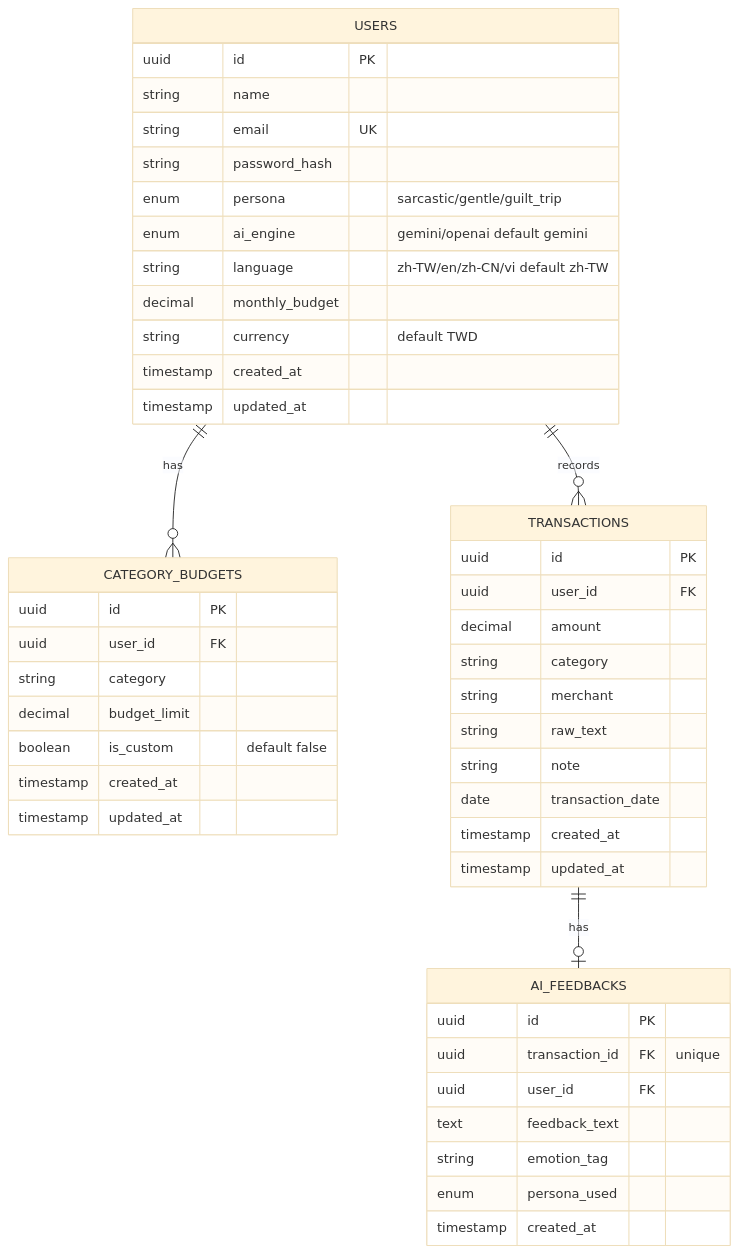
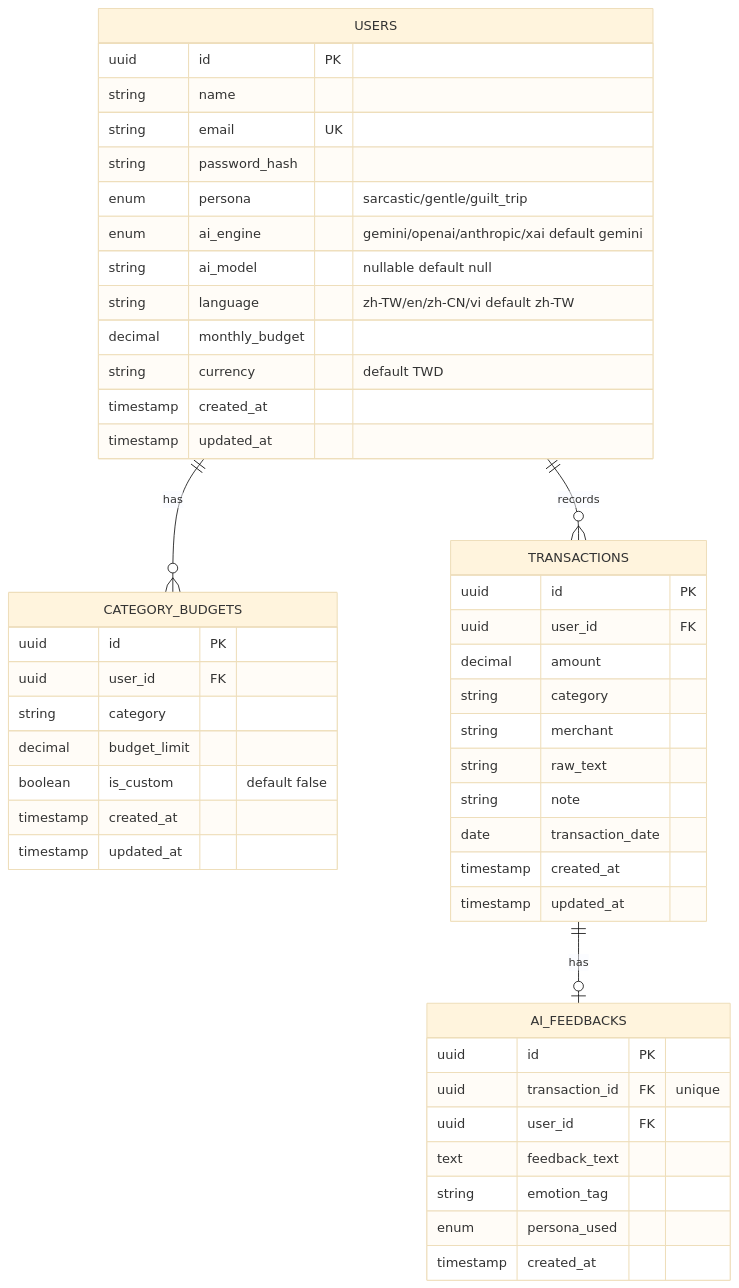
Before and after one commit to robin-li/vibe-money-book: the second of 2 diagrams in docs/01-2-SRD.md, drawn with Mermaid (base theme). The commit also changed other lines of this file and 6 other files, not shown here.

````diff
--- a/docs/01-2-SRD.md
+++ b/docs/01-2-SRD.md
@@ -290,53 +290,54 @@
 ```mermaid
 erDiagram
     USERS ||--o{ CATEGORY_BUDGETS : has
     USERS ||--o{ TRANSACTIONS : records
     TRANSACTIONS ||--o| AI_FEEDBACKS : has
 
     USERS {
         uuid id PK
         string name
         string email UK
         string password_hash
         enum persona "sarcastic/gentle/guilt_trip"
-        enum ai_engine "gemini/openai default gemini"
+        enum ai_engine "gemini/openai/anthropic/xai default gemini"
+        string ai_model "nullable default null"
         string language "zh-TW/en/zh-CN/vi default zh-TW"
         decimal monthly_budget
         string currency "default TWD"
         timestamp created_at
         timestamp updated_at
     }
 
     CATEGORY_BUDGETS {
         uuid id PK
         uuid user_id FK
         string category
         decimal budget_limit
         boolean is_custom "default false"
         timestamp created_at
         timestamp updated_at
     }
 
     TRANSACTIONS {
         uuid id PK
         uuid user_id FK
         decimal amount
         string category
         string merchant
         string raw_text
         string note
         date transaction_date
         timestamp created_at
         timestamp updated_at
     }
 
     AI_FEEDBACKS {
         uuid id PK
         uuid transaction_id FK "unique"
         uuid user_id FK
         text feedback_text
         string emotion_tag
         enum persona_used
         timestamp created_at
     }
 ```
````
